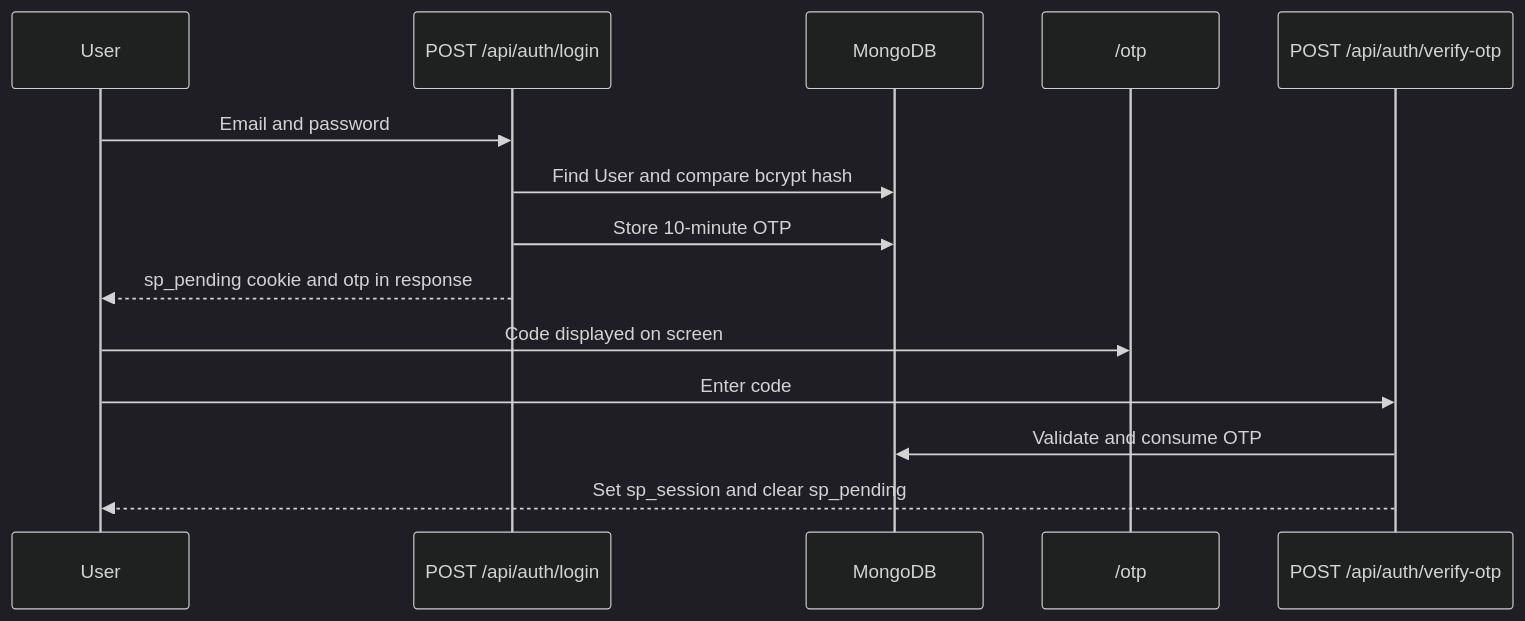
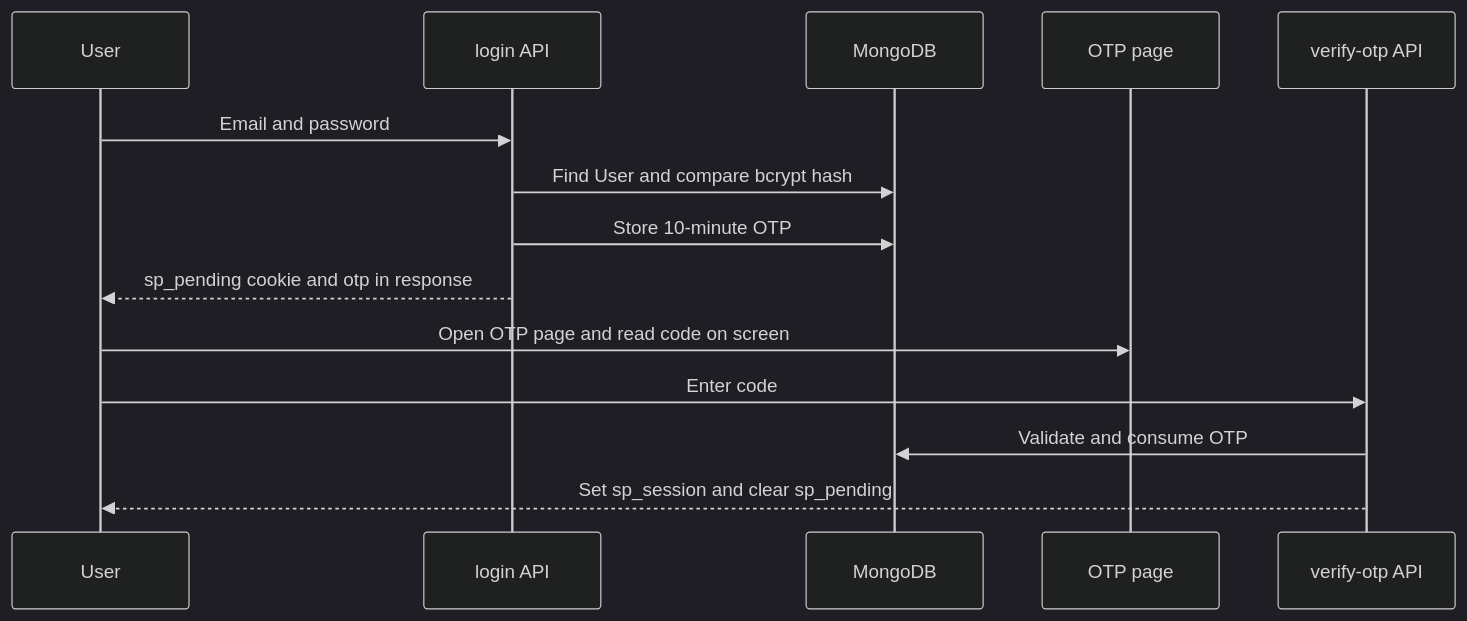
Before and after one commit to ShibayanBiswas/sp-workstation: the diagram in docs/AUTHENTICATION.md, drawn with Mermaid (dark theme). The commit also changed other lines of this file, not shown here.

Commit message:
Fix Mermaid /otp participant alias in AUTHENTICATION.md.
Path-style aliases like /otp break GitHub Mermaid rendering; use plain labels instead.

````diff
--- a/docs/AUTHENTICATION.md
+++ b/docs/AUTHENTICATION.md
@@ -25,17 +25,17 @@
 ```mermaid
 sequenceDiagram
     participant User
-    participant Login as POST /api/auth/login
+    participant Login as login API
     participant DB as MongoDB
-    participant OtpPage as /otp
-    participant Verify as POST /api/auth/verify-otp
+    participant OtpPage as OTP page
+    participant Verify as verify-otp API
 
     User->>Login: Email and password
     Login->>DB: Find User and compare bcrypt hash
     Login->>DB: Store 10-minute OTP
     Login-->>User: sp_pending cookie and otp in response
-    User->>OtpPage: Code displayed on screen
+    User->>OtpPage: Open OTP page and read code on screen
     User->>Verify: Enter code
     Verify->>DB: Validate and consume OTP
     Verify-->>User: Set sp_session and clear sp_pending
 ```
````
